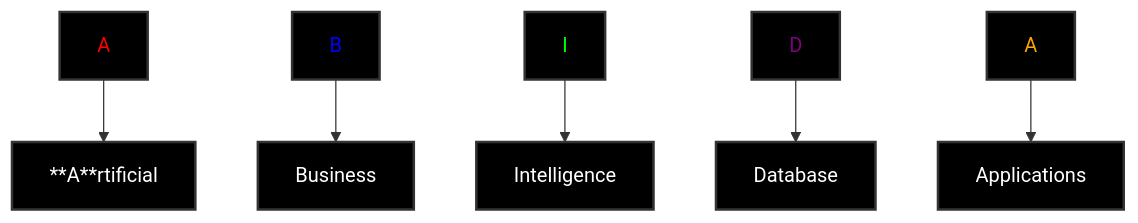
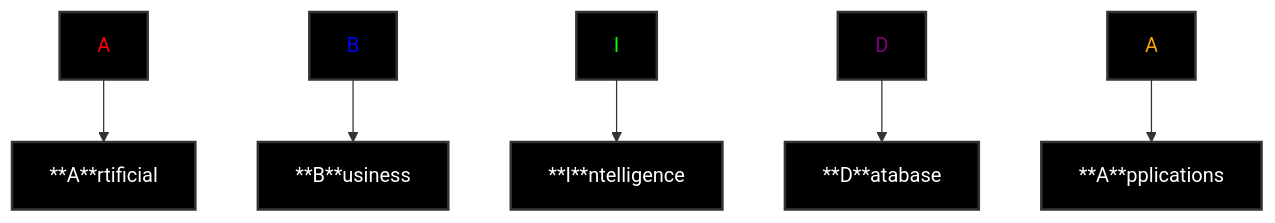
Before and after one commit to JaewooJoung/Abida.jl: the diagram in README.md, drawn with Mermaid.

````diff
--- a/README.md
+++ b/README.md
@@ -4,29 +4,29 @@
 ```mermaid
 graph TD;
     A1[A]:::red;
     A2[**A**rtificial];
     B1[B]:::blue;
-    B2[Business];
+    B2[**B**usiness];
     C1[I]:::green;
-    C2[Intelligence];
+    C2[**I**ntelligence];
     D1[D]:::purple;
-    D2[Database];
+    D2[**D**atabase];
     E1[A]:::orange;
-    E2[Applications];
+    E2[**A**pplications];
 
     A1 --> A2;
     B1 --> B2;
     C1 --> C2;
     D1 --> D2;
     E1 --> E2;
 
     classDef red fill:#000,stroke:#333,stroke-width:2px,color:#f00;
     classDef blue fill:#000,stroke:#333,stroke-width:2px,color:#00f;
     classDef green fill:#000,stroke:#333,stroke-width:2px,color:#0f0;
     classDef purple fill:#000,stroke:#333,stroke-width:2px,color:#800080;
     classDef orange fill:#000,stroke:#333,stroke-width:2px,color:#ffa500;
     classDef default fill:#000,stroke:#333,stroke-width:2px,color:#fff;
 
     class A2,B2,C2,D2,E2 default;
 
 ```
````
